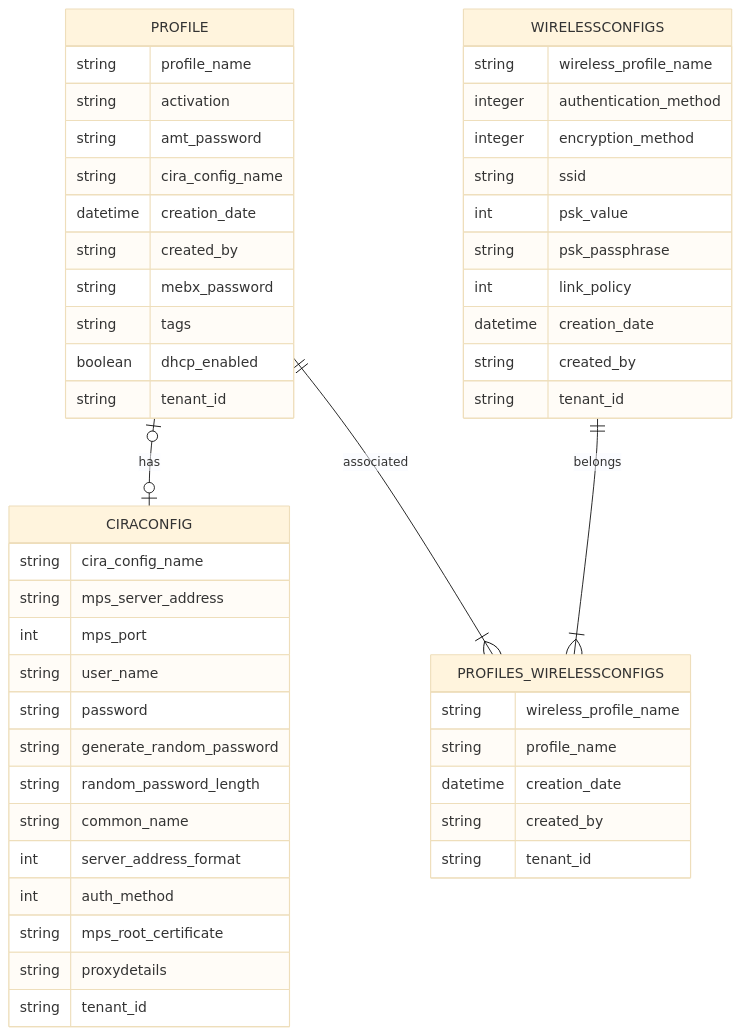
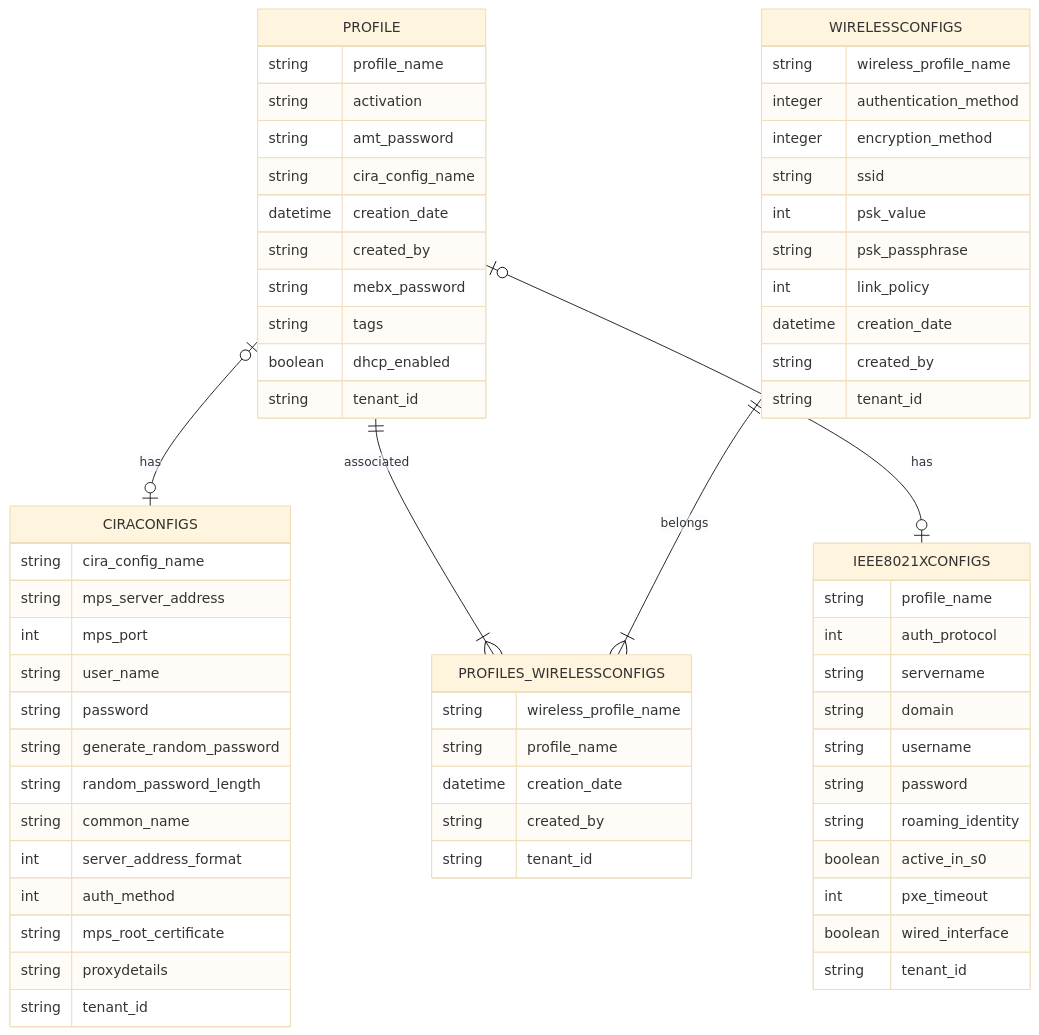
Before and after one commit to open-amt-cloud-toolkit/docs: the second of 3 diagrams in docs/Deployment/database.md, drawn with Mermaid (base theme). The commit also changed 3 other files, not shown here.

````diff
--- a/docs/Deployment/database.md
+++ b/docs/Deployment/database.md
@@ -39,54 +39,68 @@
   ``` mermaid 
   erDiagram
-      PROFILE o|--o| CIRACONFIG : has
+      PROFILE o|--o| CIRACONFIGS : has
       PROFILE ||--|{ PROFILES_WIRELESSCONFIGS : associated
+      PROFILE o|--o| IEEE8021XCONFIGS : has
       PROFILE {
         string profile_name
         string activation
         string amt_password
         string cira_config_name
         datetime creation_date
         string created_by
         string mebx_password
         string tags
         boolean dhcp_enabled
         string tenant_id
       }
-      CIRACONFIG 
-      CIRACONFIG {
+      CIRACONFIGS 
+      CIRACONFIGS {
         string cira_config_name
         string mps_server_address
         int mps_port
         string user_name
         string password
         string generate_random_password
         string random_password_length
         string common_name
         int server_address_format
         int auth_method
         string mps_root_certificate
         string proxydetails
         string tenant_id
       }
 
       WIRELESSCONFIGS ||--|{ PROFILES_WIRELESSCONFIGS : belongs
       WIRELESSCONFIGS {
         string wireless_profile_name 
         integer authentication_method 
         integer encryption_method 
         string ssid 
         int psk_value 
         string psk_passphrase 
         int link_policy 
         datetime creation_date 
         string created_by 
         string tenant_id 
       }
       PROFILES_WIRELESSCONFIGS {
         string wireless_profile_name
         string profile_name
         datetime creation_date
         string created_by
         string tenant_id
       }
+      IEEE8021XCONFIGS {
+        string profile_name
+        int auth_protocol
+        string servername
+        string domain
+        string username
+        string password
+        string roaming_identity
+        boolean active_in_s0
+        int pxe_timeout
+        boolean wired_interface
+        string tenant_id
+      }
   ```
````
